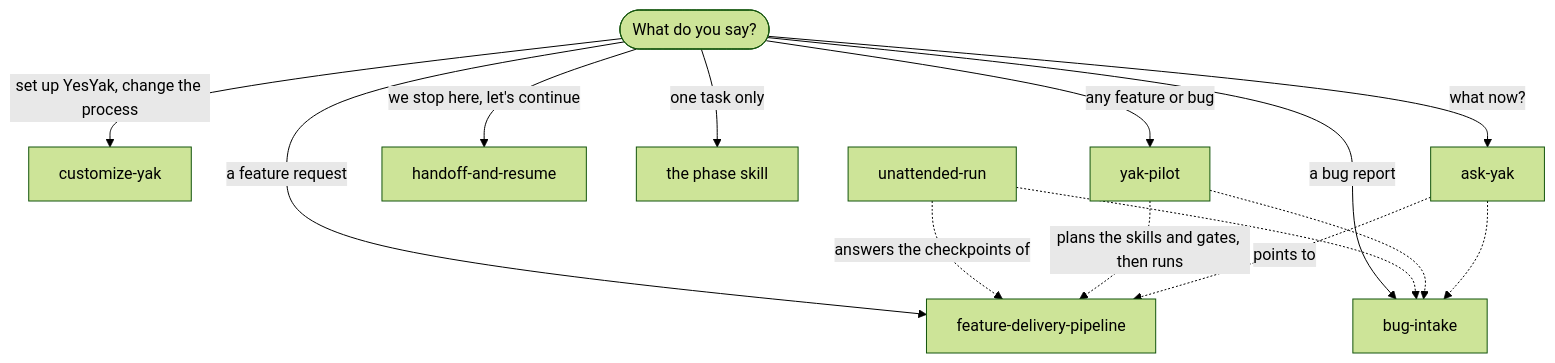
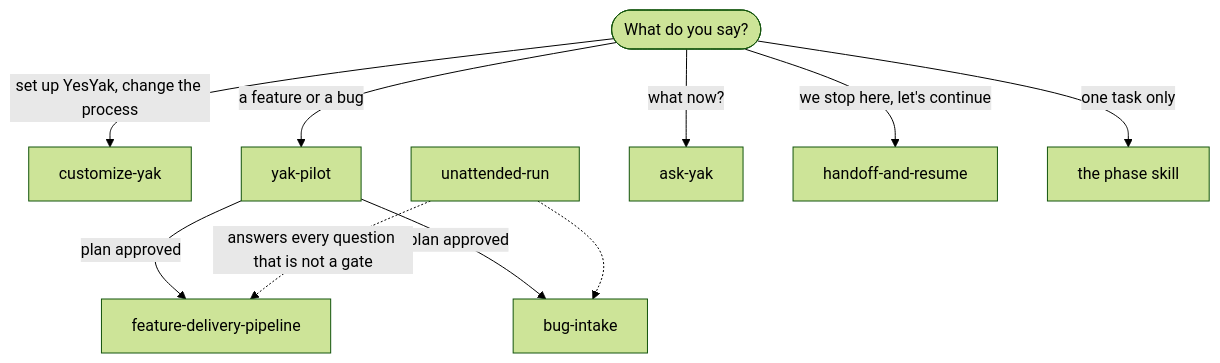
Before and after one commit to webreactiva/yesyak: the second of 5 diagrams in README.md, drawn with Mermaid (forest theme). The commit also changed other lines of this file, not shown here.

First line of the commit message:
docs: 📝 present yak-pilot and its gates as the way to use YesYak

````diff
--- a/README.md
+++ b/README.md
@@ -111,17 +130,13 @@
 ```mermaid
 flowchart TD
     Q([What do you say?])
     Q -->|set up YesYak, change the process| CY[customize-yak]
-    Q -->|a feature request| FP[feature-delivery-pipeline]
-    Q -->|a bug report| BI[bug-intake]
+    Q -->|a feature or a bug| YP[yak-pilot]
+    YP -->|plan approved| FP[feature-delivery-pipeline]
+    YP -->|plan approved| BI[bug-intake]
+    U[unattended-run] -. answers every question that is not a gate .-> FP
+    U -.-> BI
     Q -->|what now?| AY[ask-yak]
     Q -->|we stop here, let's continue| HR[handoff-and-resume]
     Q -->|one task only| PS[the phase skill]
-    U[unattended-run] -. answers the checkpoints of .-> FP
-    U -.-> BI
-    Q -->|any feature or bug| YP[yak-pilot]
-    YP -. plans the skills and gates, then runs .-> FP
-    YP -.-> BI
-    AY -. points to .-> FP
-    AY -.-> BI
 ```
````
